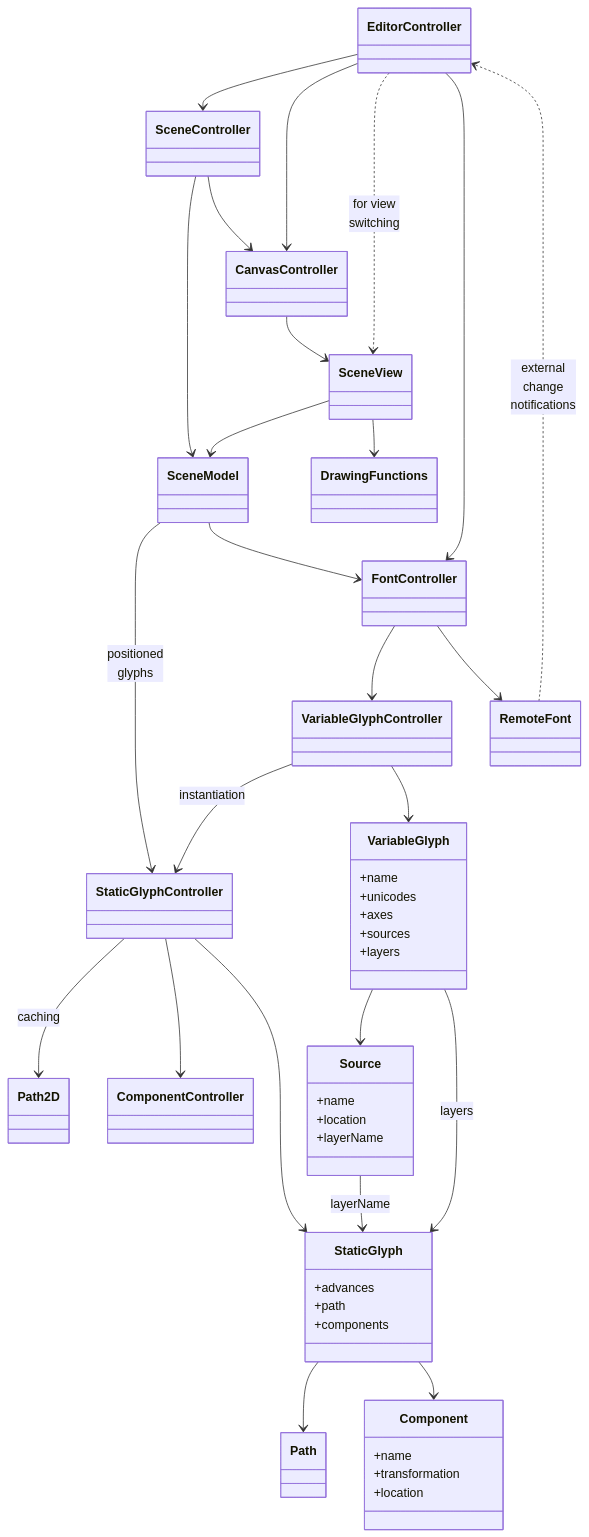
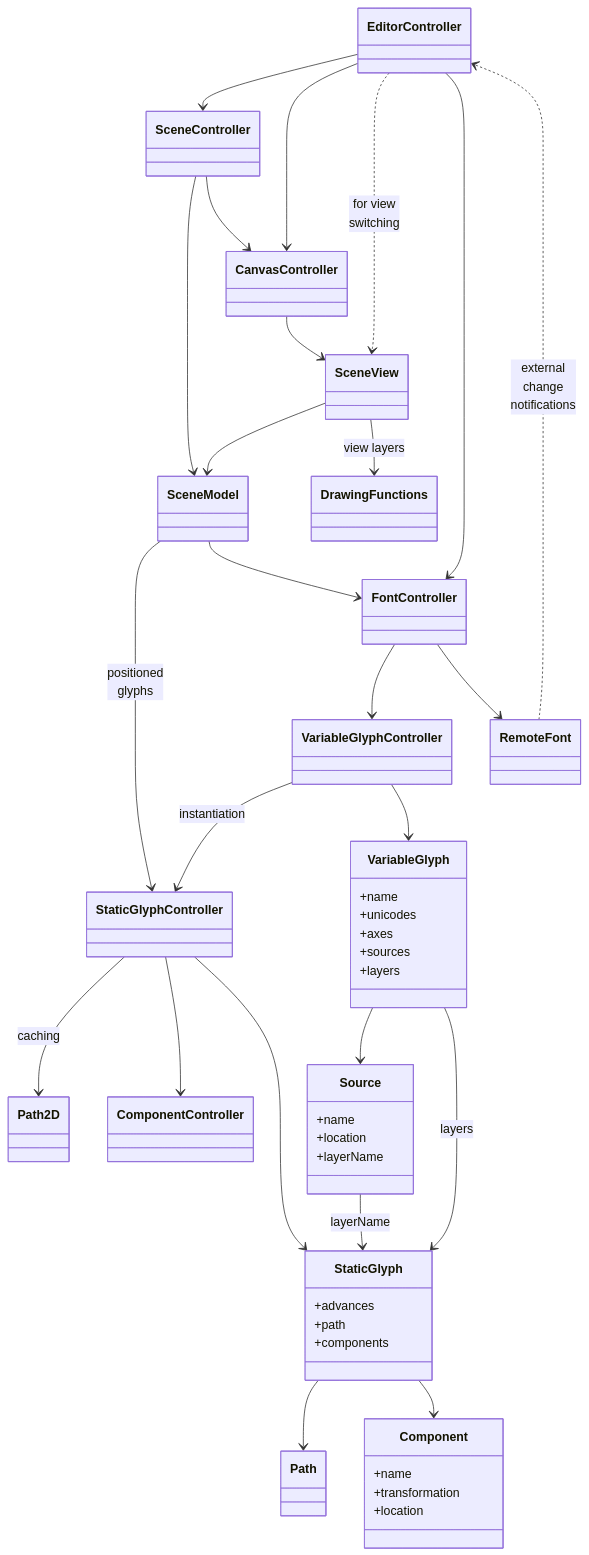
The diagram in docs/client-classes.md (googlefonts/fontra), drawn with Mermaid before and after one commit.

Commit message:
Add "view layers" label

````diff
--- a/docs/client-classes.md
+++ b/docs/client-classes.md
@@ -3,62 +3,62 @@
 ```mermaid
 classDiagram
 class VariableGlyph {
   +name
   +unicodes
   +axes
   +sources
   +layers
 }
 
 class Source {
   +name
   +location
   +layerName
 }
 
 class StaticGlyph {
   +advances
   +path
   +components
 }
 
 class Component {
   +name
   +transformation
   +location
 }
 EditorController-->SceneController
 EditorController-->CanvasController
 EditorController..>SceneView : for view<br>switching
 EditorController-->FontController
 
 CanvasController-->SceneView
 
 SceneController-->SceneModel
 SceneController-->CanvasController
 
 SceneView-->SceneModel
-SceneView-->DrawingFunctions
+SceneView-->DrawingFunctions : view layers
 
 SceneModel-->StaticGlyphController : positioned<br>glyphs
 SceneModel-->FontController
 
 FontController-->VariableGlyphController
 FontController-->RemoteFont
 
 VariableGlyphController-->StaticGlyphController : instantiation
 VariableGlyphController-->VariableGlyph
 
 VariableGlyph-->Source
 VariableGlyph-->StaticGlyph : layers
 Source-->StaticGlyph : layerName
 StaticGlyphController-->Path2D : caching
 StaticGlyphController-->ComponentController
 StaticGlyphController-->StaticGlyph
 
 
 StaticGlyph-->Path
 StaticGlyph-->Component
 
 RemoteFont..>EditorController : external<br>change<br>notifications
 ```
````
